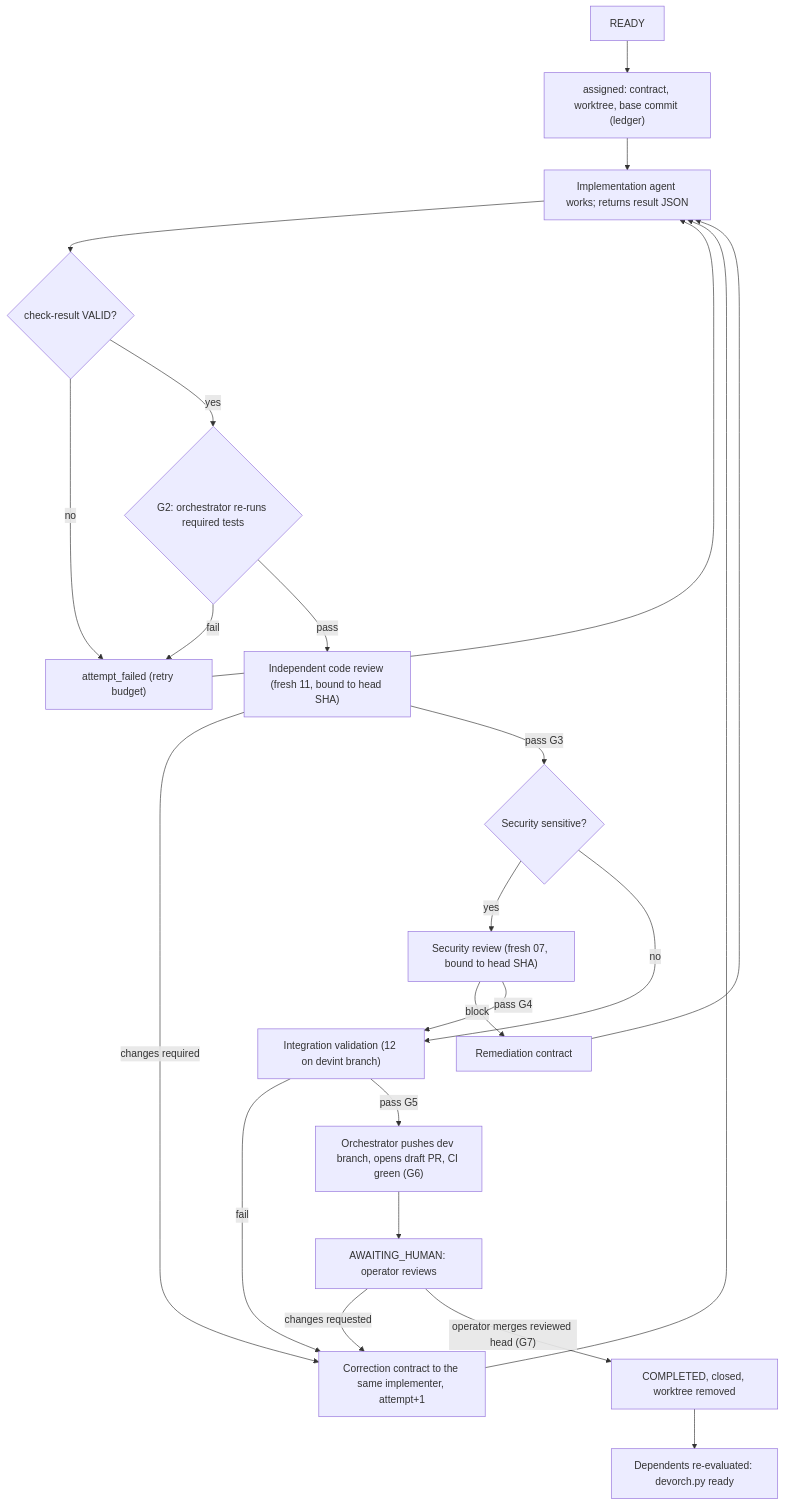
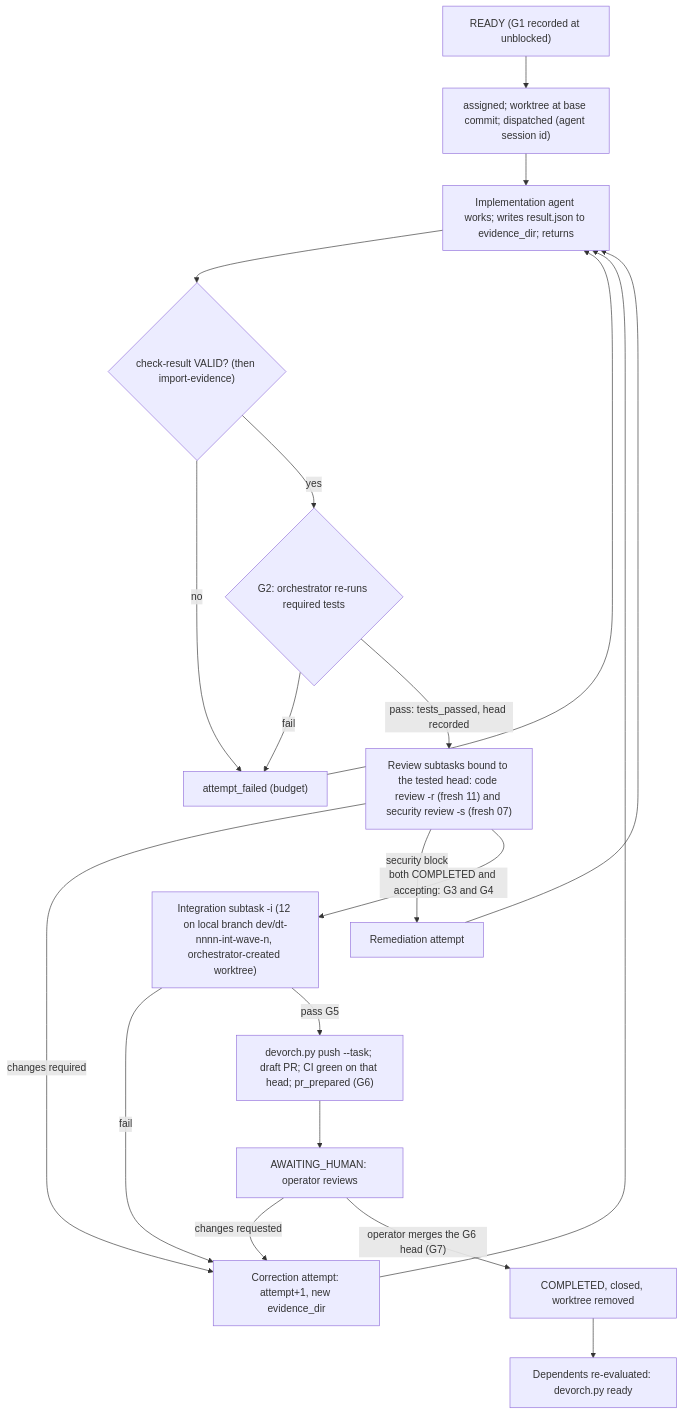
Before and after one commit to usjbro/Project-Mercury: the diagram in docs/mercury/development-orchestration/07-handoff-and-recovery.md, drawn with Mermaid. The commit also changed other lines of this file and 35 other files, not shown here.

````diff
--- a/docs/mercury/development-orchestration/07-handoff-and-recovery.md
+++ b/docs/mercury/development-orchestration/07-handoff-and-recovery.md
@@ -5,22 +7,19 @@
 ```mermaid
 flowchart TD
-    R["READY"] --> AS["assigned: contract, worktree, base commit (ledger)"]
-    AS --> IM["Implementation agent works; returns result JSON"]
-    IM --> V{"check-result VALID?"}
-    V -->|"no"| AF["attempt_failed (retry budget)"] --> IM
+    R["READY (G1 recorded at unblocked)"] --> AS["assigned; worktree at base commit; dispatched (agent session id)"]
+    AS --> IM["Implementation agent works; writes result.json to evidence_dir; returns"]
+    IM --> V{"check-result VALID? (then import-evidence)"}
+    V -->|"no"| AF["attempt_failed (budget)"] --> IM
     V -->|"yes"| T{"G2: orchestrator re-runs required tests"}
     T -->|"fail"| AF
-    T -->|"pass"| CR["Independent code review (fresh 11, bound to head SHA)"]
-    CR -->|"changes required"| CORR["Correction contract to the same implementer, attempt+1"] --> IM
-    CR -->|"pass G3"| SR{"Security sensitive?"}
-    SR -->|"yes"| SEC["Security review (fresh 07, bound to head SHA)"]
-    SEC -->|"block"| REM["Remediation contract"] --> IM
-    SEC -->|"pass G4"| INT
-    SR -->|"no"| INT["Integration validation (12 on devint branch)"]
+    T -->|"pass: tests_passed, head recorded"| REV["Review subtasks bound to the tested head: code review -r (fresh 11) and security review -s (fresh 07)"]
+    REV -->|"changes required"| CORR["Correction attempt: attempt+1, new evidence_dir"] --> IM
+    REV -->|"security block"| REM["Remediation attempt"] --> IM
+    REV -->|"both COMPLETED and accepting: G3 and G4"| INT["Integration subtask -i (12 on local branch dev/dt-nnnn-int-wave-n, orchestrator-created worktree)"]
     INT -->|"fail"| CORR
-    INT -->|"pass G5"| PR["Orchestrator pushes dev branch, opens draft PR, CI green (G6)"]
+    INT -->|"pass G5"| PR["devorch.py push --task; draft PR; CI green on that head; pr_prepared (G6)"]
     PR --> HA["AWAITING_HUMAN: operator reviews"]
     HA -->|"changes requested"| CORR
-    HA -->|"operator merges reviewed head (G7)"| DONE["COMPLETED, closed, worktree removed"]
+    HA -->|"operator merges the G6 head (G7)"| DONE["COMPLETED, closed, worktree removed"]
     DONE --> RE["Dependents re-evaluated: devorch.py ready"]
 ```
````
